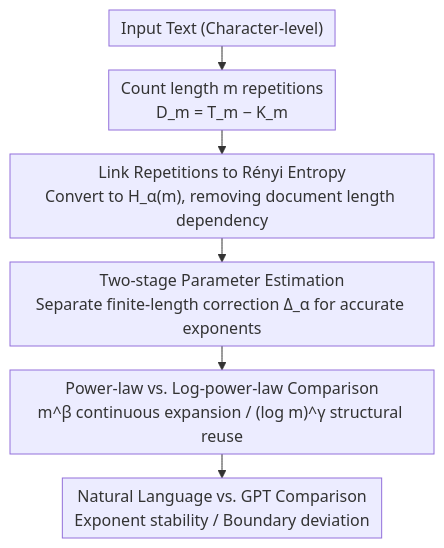
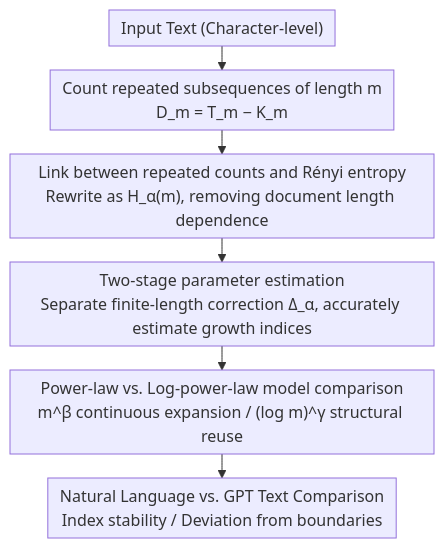
Before and after one commit to zhaoyang97/Paper-Notes-en: the diagram in docs/ACL2026/llm_nlp/repeated_sequences_reveal_gaps_between_large_language_models_and_natural_languag.md, drawn with Mermaid. The commit also changed other lines of this file and 5084 other files, not shown here.

````diff
--- a/docs/ACL2026/llm_nlp/repeated_sequences_reveal_gaps_between_large_language_models_and_natural_languag.md
+++ b/docs/ACL2026/llm_nlp/repeated_sequences_reveal_gaps_between_large_language_models_and_natural_languag.md
@@ -41,9 +41,9 @@
 ```mermaid
 %%{init: {'flowchart': {'rankSpacing': 24, 'nodeSpacing': 28, 'padding': 6, 'wrappingWidth': 400}}}%%
 flowchart TD
-    A["Input Text (Character-level)"] --> B["Count length m repetitions<br/>D_m = T_m − K_m"]
-    B --> C["Link Repetitions to Rényi Entropy<br/>Convert to H_α(m), removing document length dependency"]
-    C --> D["Two-stage Parameter Estimation<br/>Separate finite-length correction Δ_α for accurate exponents"]
-    D --> E["Power-law vs. Log-power-law Comparison<br/>m^β continuous expansion / (log m)^γ structural reuse"]
-    E --> F["Natural Language vs. GPT Comparison<br/>Exponent stability / Boundary deviation"]
+    A["Input Text (Character-level)"] --> B["Count repeated subsequences of length m<br/>D_m = T_m − K_m"]
+    B --> C["Link between repeated counts and Rényi entropy<br/>Rewrite as H_α(m), removing document length dependence"]
+    C --> D["Two-stage parameter estimation<br/>Separate finite-length correction Δ_α, accurately estimate growth indices"]
+    D --> E["Power-law vs. Log-power-law model comparison<br/>m^β continuous expansion / (log m)^γ structural reuse"]
+    E --> F["Natural Language vs. GPT Text Comparison<br/>Index stability / Deviation from boundaries"]
 ```
````
